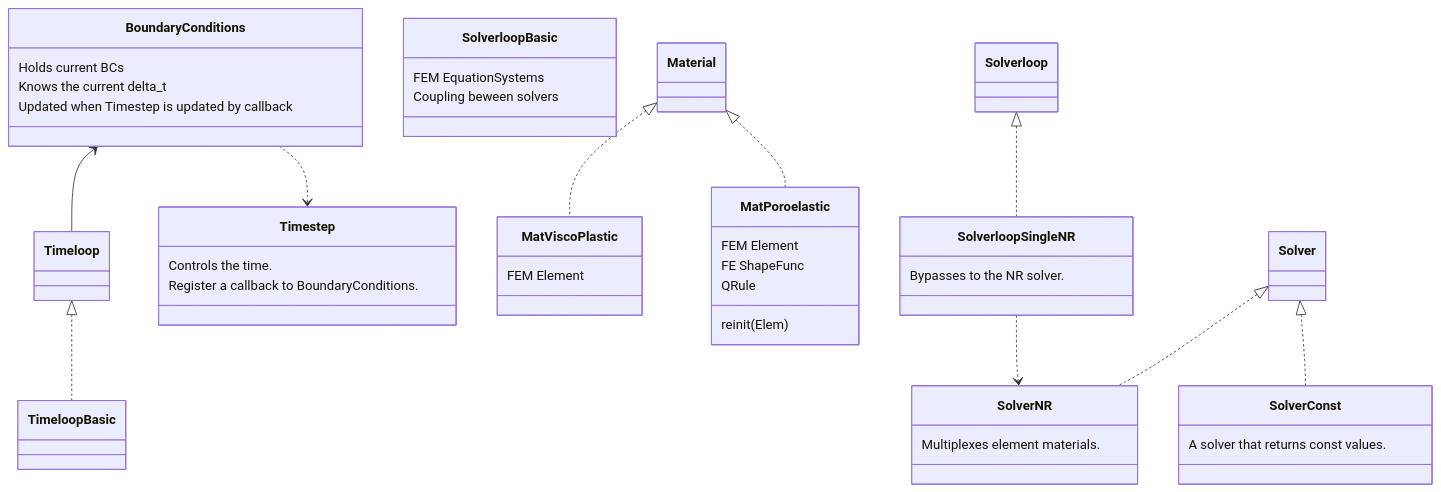
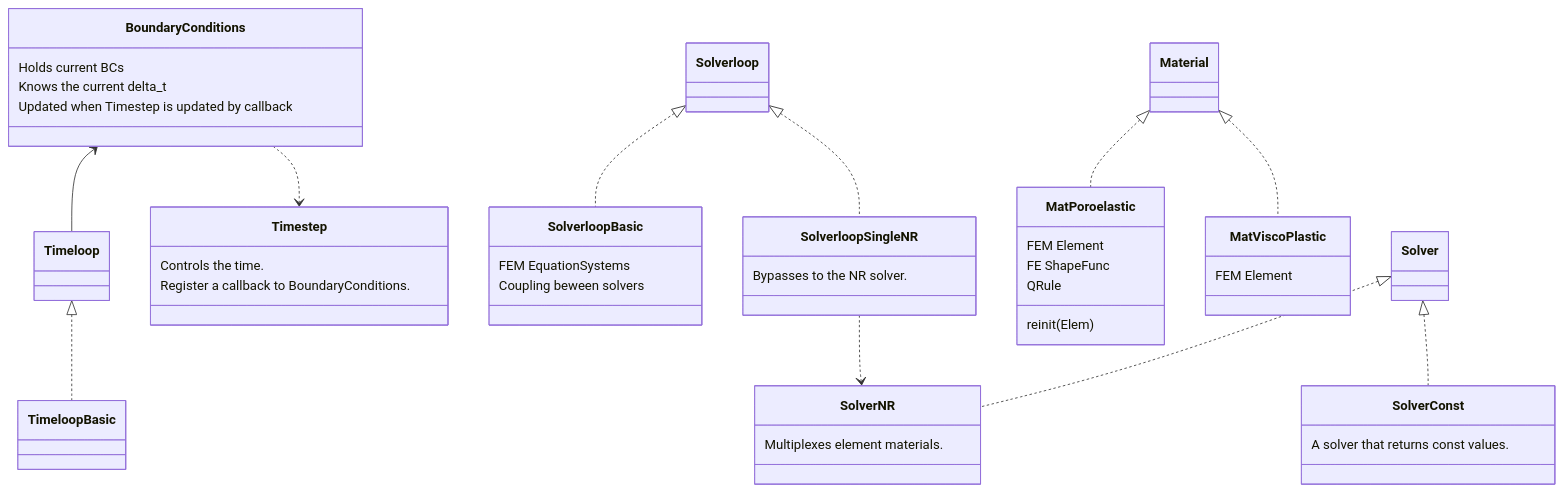
The second of 2 diagrams in doc/Description.md (rebpoli/harpy), drawn with Mermaid before and after one commit. The commit also changed other lines of this file, not shown here.

````diff
--- a/doc/Description.md
+++ b/doc/Description.md
@@ -75,60 +74,61 @@
 ```mermaid
 classDiagram
-        BoundaryConditions <-- Timeloop
+    BoundaryConditions <-- Timeloop
 
+    Solverloop <|.. SolverloopBasic
 
     class SolverConst { A solver that returns const values.  }
 
     class Timestep {
         Controls the time.
         Register a callback to BoundaryConditions.
     }
     class BoundaryConditions { 
         Holds current BCs
         Knows the current delta_t
         Updated when Timestep is updated by callback
     }
     BoundaryConditions ..> Timestep
 
 %% Implementations
     class SolverloopBasic {
         FEM EquationSystems
         Coupling beween solvers
     }
 
     class MatViscoPlastic { FEM Element }
 
     class MatPoroelastic {
         FEM Element 
         FE ShapeFunc
         QRule
         reinit(Elem)
     }
 
     class SolverloopSingleNR { Bypasses to the NR solver. } 
     class SolverNR { Multiplexes element materials. }
 
 %% Dependencies
 
     SolverloopSingleNR ..> SolverNR
 
 %% Interfaces << implementations
     Timeloop <|.. TimeloopBasic
     Material <|.. MatPoroelastic
     Material <|.. MatViscoPlastic
     Solverloop <|.. SolverloopSingleNR
     Solver <|.. SolverNR
     Solver <|.. SolverConst
 
 
 %%
 %% classA <|-- classB    // Inheritance (B inherits from A)
 %% classA <|.. classB    // Implementation (B implements A)
 %% classA *-- classB     // Composition (B is part of A)
 %% classA o-- classB     // Aggregation (B is used by A)
 %% classA --> classB     // Association (A references B)
 %% classA ..> classB     // Dependency (A depends on B)
 %% classA ..|> classB    // Realization (B realizes A)
 %% classA <--> classB    // Bidirectional association
 
 ```
````
